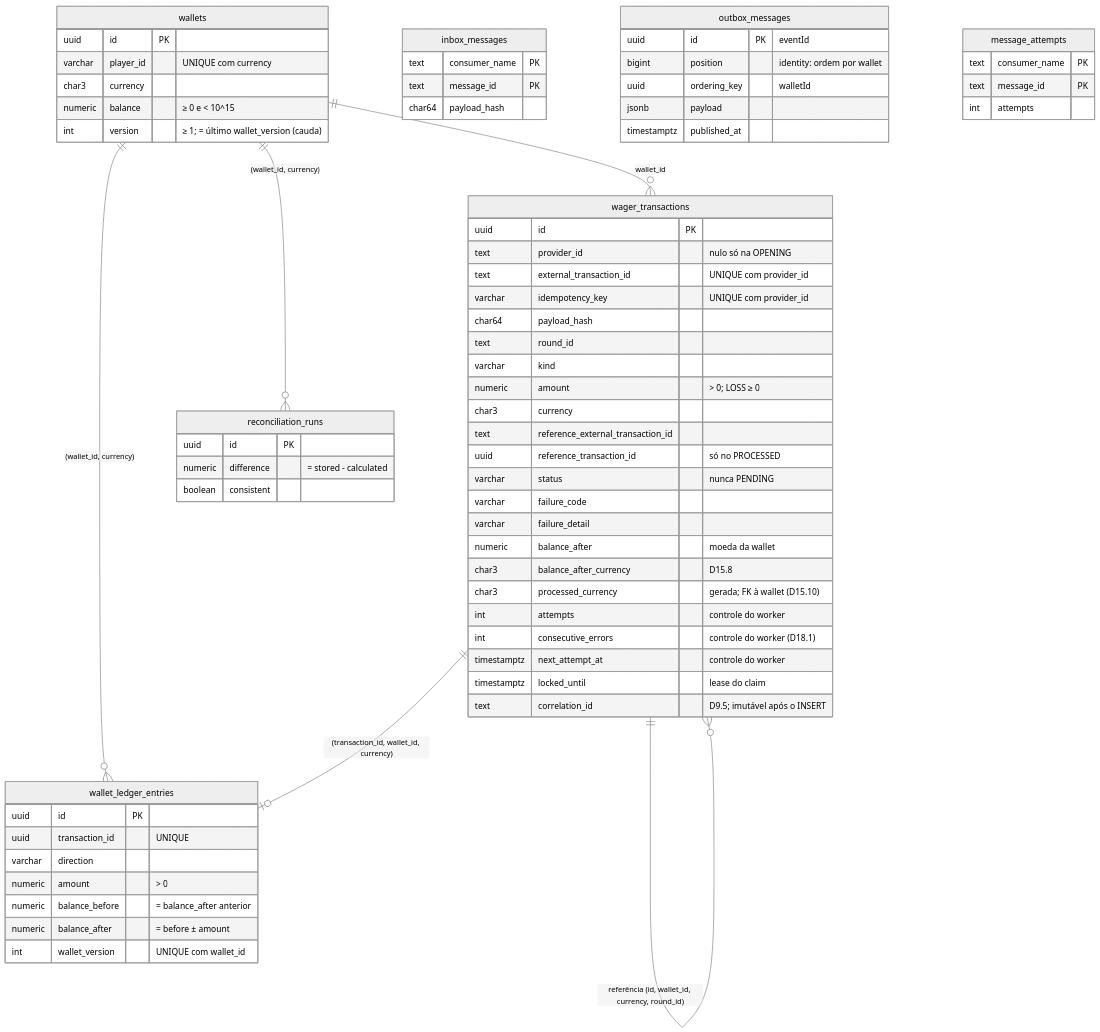
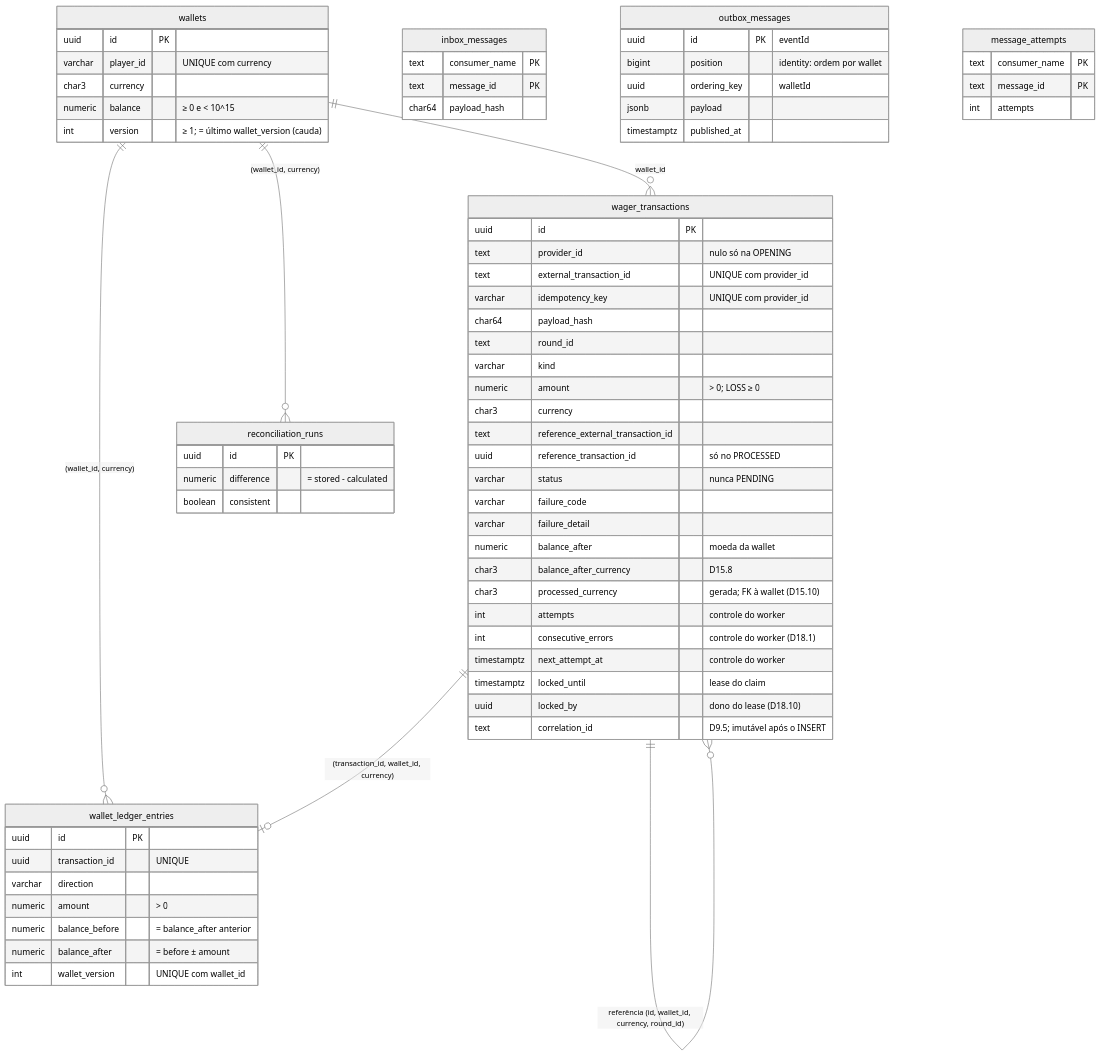
The diagram in src/modules/wagering/infra/persistence/README.md (basedCaesar/distributed-wagering-processor), drawn with Mermaid (neutral theme) before and after one commit. The commit also changed other lines of this file and 26 other files, not shown here.

````diff
--- a/src/modules/wagering/infra/persistence/README.md
+++ b/src/modules/wagering/infra/persistence/README.md
@@ -33,71 +33,72 @@
 ```mermaid
 erDiagram
     wallets ||--o{ wager_transactions : "wallet_id"
     wallets ||--o{ wallet_ledger_entries : "(wallet_id, currency)"
     wager_transactions ||--o| wallet_ledger_entries : "(transaction_id, wallet_id, currency)"
     wager_transactions ||--o{ wager_transactions : "referência (id, wallet_id, currency, round_id)"
     wallets ||--o{ reconciliation_runs : "(wallet_id, currency)"
 
     wallets {
         uuid id PK
         varchar player_id "UNIQUE com currency"
         char3 currency
         numeric balance "≥ 0 e < 10^15"
         int version "≥ 1; = último wallet_version (cauda)"
     }
     wager_transactions {
         uuid id PK
         text provider_id "nulo só na OPENING"
         text external_transaction_id "UNIQUE com provider_id"
         varchar idempotency_key "UNIQUE com provider_id"
         char64 payload_hash
         text round_id
         varchar kind
         numeric amount "> 0; LOSS ≥ 0"
         char3 currency
         text reference_external_transaction_id
         uuid reference_transaction_id "só no PROCESSED"
         varchar status "nunca PENDING"
         varchar failure_code
         varchar failure_detail
         numeric balance_after "moeda da wallet"
         char3 balance_after_currency "D15.8"
         char3 processed_currency "gerada; FK à wallet (D15.10)"
         int attempts "controle do worker"
         int consecutive_errors "controle do worker (D18.1)"
         timestamptz next_attempt_at "controle do worker"
         timestamptz locked_until "lease do claim"
+        uuid locked_by "dono do lease (D18.10)"
         text correlation_id "D9.5; imutável após o INSERT"
     }
     wallet_ledger_entries {
         uuid id PK
         uuid transaction_id "UNIQUE"
         varchar direction
         numeric amount "> 0"
         numeric balance_before "= balance_after anterior"
         numeric balance_after "= before ± amount"
         int wallet_version "UNIQUE com wallet_id"
     }
     inbox_messages {
         text consumer_name PK
         text message_id PK
         char64 payload_hash
     }
     outbox_messages {
         uuid id PK "eventId"
         bigint position "identity: ordem por wallet"
         uuid ordering_key "walletId"
         jsonb payload
         timestamptz published_at
     }
     message_attempts {
         text consumer_name PK
         text message_id PK
         int attempts
     }
     reconciliation_runs {
         uuid id PK
         numeric difference "= stored - calculated"
         boolean consistent
     }
 ```
````
